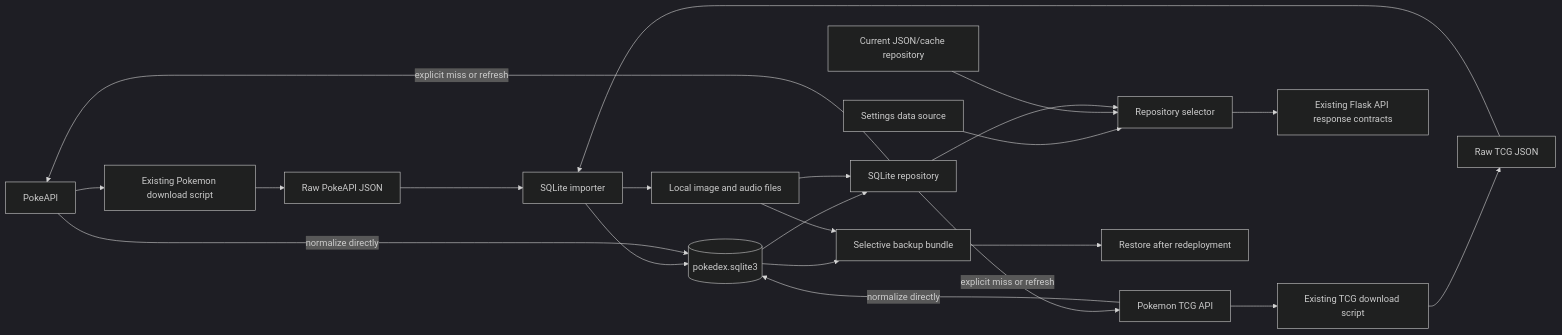
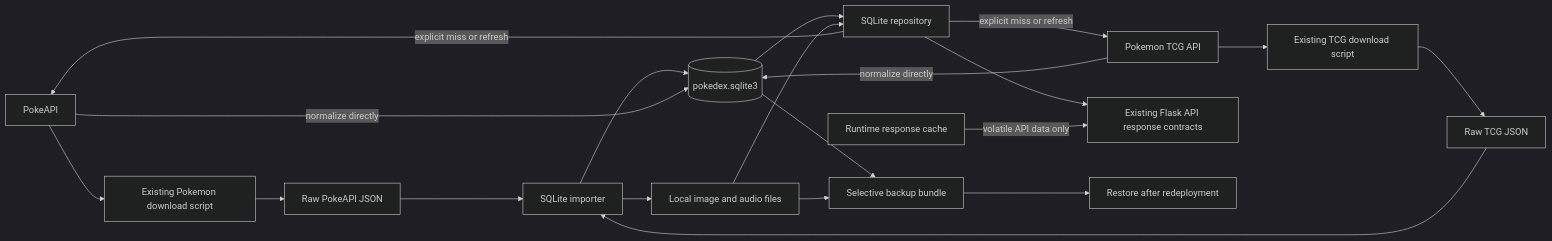
The first of 2 diagrams in docs/sqlite-data-model.md (7effrey89/Pokedex), drawn with Mermaid (dark theme) before and after one commit. The commit also changed other lines of this file and 36 other files, not shown here.

````diff
--- a/docs/sqlite-data-model.md
+++ b/docs/sqlite-data-model.md
@@ -51,24 +43,22 @@
 ```mermaid
 flowchart LR
     P[PokeAPI] --> PD[Existing Pokemon download script]
     T[Pokemon TCG API] --> TD[Existing TCG download script]
     PD --> PR[Raw PokeAPI JSON]
     TD --> TR[Raw TCG JSON]
     PR --> I[SQLite importer]
     TR --> I
     I --> DB[(pokedex.sqlite3)]
     I --> A[Local image and audio files]
-    S[Settings data source] --> R[Repository selector]
-    J[Current JSON/cache repository] --> R
     DB --> Q[SQLite repository]
     A --> Q
     Q -->|explicit miss or refresh| P
     Q -->|explicit miss or refresh| T
     P -->|normalize directly| DB
     T -->|normalize directly| DB
-    Q --> R
-    R --> E[Existing Flask API response contracts]
+    Q --> E[Existing Flask API response contracts]
+    C[Runtime response cache] -->|volatile API data only| E
     DB --> B[Selective backup bundle]
     A --> B
     B --> X[Restore after redeployment]
 ```
````
